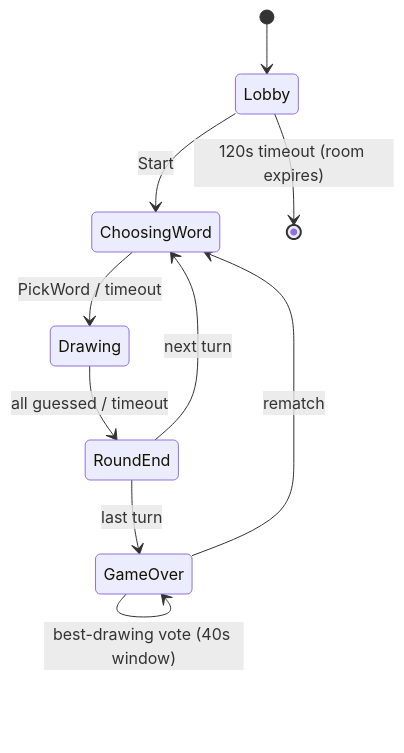
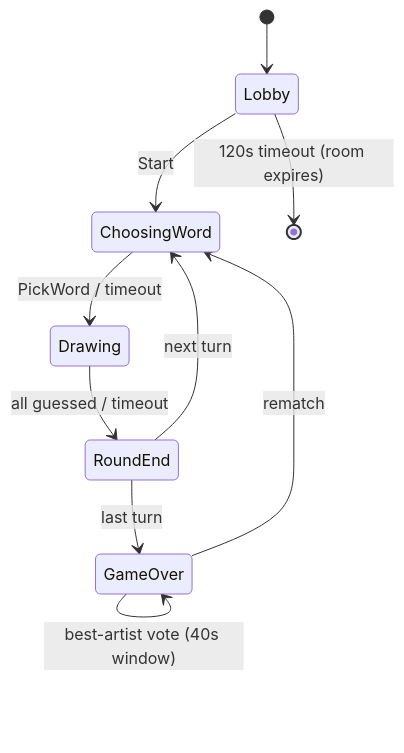
One commit to pixperk/pastel changed the diagram in README.md. Above: the diagram before and after it, drawn with Mermaid. The commit also changed other lines of this file and 10 other files, not shown here.

Commit message:
voting: best-artist hearts + bot votes (was best-drawing)

````diff
--- a/README.md
+++ b/README.md
@@ -420,12 +427,12 @@
 ```mermaid
 stateDiagram-v2
     [*] --> Lobby
     Lobby --> ChoosingWord: Start
     Lobby --> [*]: 120s timeout (room expires)
     ChoosingWord --> Drawing: PickWord / timeout
     Drawing --> RoundEnd: all guessed / timeout
     RoundEnd --> ChoosingWord: next turn
     RoundEnd --> GameOver: last turn
-    GameOver --> GameOver: best-drawing vote (40s window)
+    GameOver --> GameOver: best-artist vote (40s window)
     GameOver --> ChoosingWord: rematch
 ```
````
